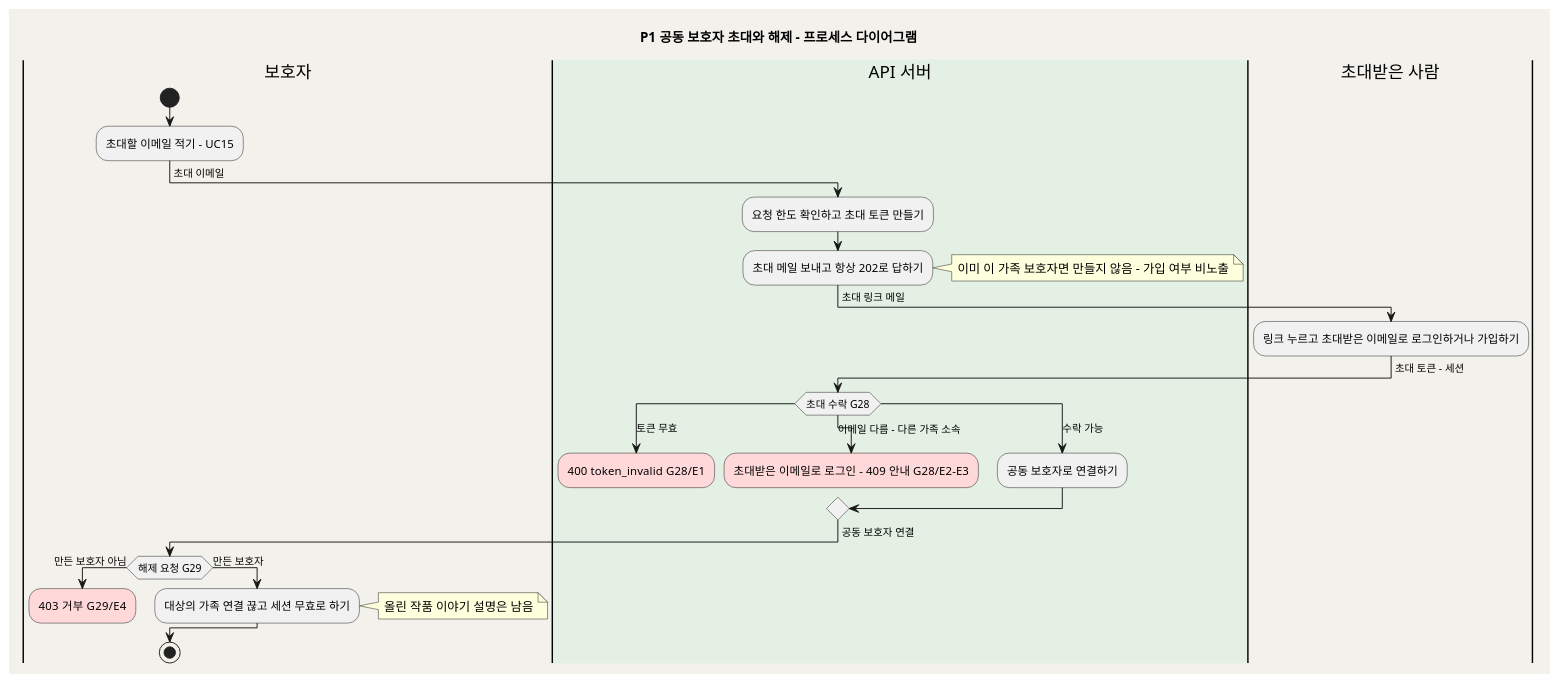
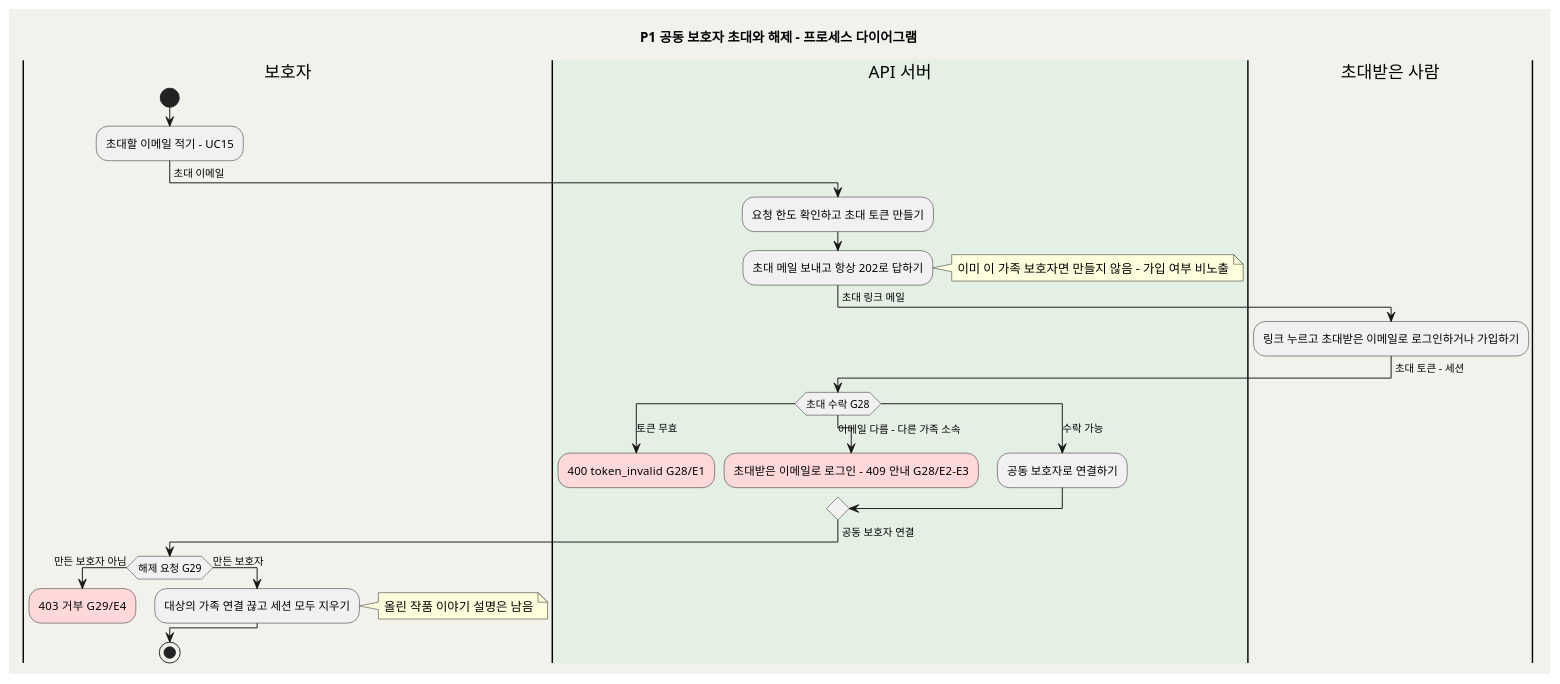
One commit to kids-gallery/uri-gallery changed the seventh of 18 diagrams in design/SD_01_프로세스설계서_우리아이미술관.md. Above: the diagram before and after it, drawn with PlantUML. The commit also changed other lines of this file and 9 other files, not shown here.

````diff
--- a/design/SD_01_프로세스설계서_우리아이미술관.md
+++ b/design/SD_01_프로세스설계서_우리아이미술관.md
@@ -580,40 +580,40 @@
 ```plantuml
 @startuml
 skinparam backgroundColor #F3F1EB
 skinparam shadowing false
 title P1 공동 보호자 초대와 해제 - 프로세스 다이어그램
 |보호자|
 start
 :초대할 이메일 적기 - UC15;
 -> 초대 이메일;
 |#E3F0E3|API 서버|
 :요청 한도 확인하고 초대 토큰 만들기;
 :초대 메일 보내고 항상 202로 답하기;
 note right: 이미 이 가족 보호자면 만들지 않음 - 가입 여부 비노출
 -> 초대 링크 메일;
 |초대받은 사람|
 :링크 누르고 초대받은 이메일로 로그인하거나 가입하기;
 -> 초대 토큰 - 세션;
 |#E3F0E3|API 서버|
 switch (초대 수락 G28)
 case (토큰 무효)
   #FFD9D9:400 token_invalid  G28/E1;
   kill
 case (이메일 다름 - 다른 가족 소속)
   #FFD9D9:초대받은 이메일로 로그인 - 409 안내  G28/E2-E3;
   kill
 case (수락 가능)
   :공동 보호자로 연결하기;
 endswitch
 -> 공동 보호자 연결;
 |보호자|
 if (해제 요청 G29) then (만든 보호자 아님)
   #FFD9D9:403 거부  G29/E4;
   kill
 else (만든 보호자)
-  :대상의 가족 연결 끊고 세션 무효로 하기;
+  :대상의 가족 연결 끊고 세션 모두 지우기;
   note right: 올린 작품 이야기 설명은 남음
 endif
 stop
 @enduml
 ```
````
